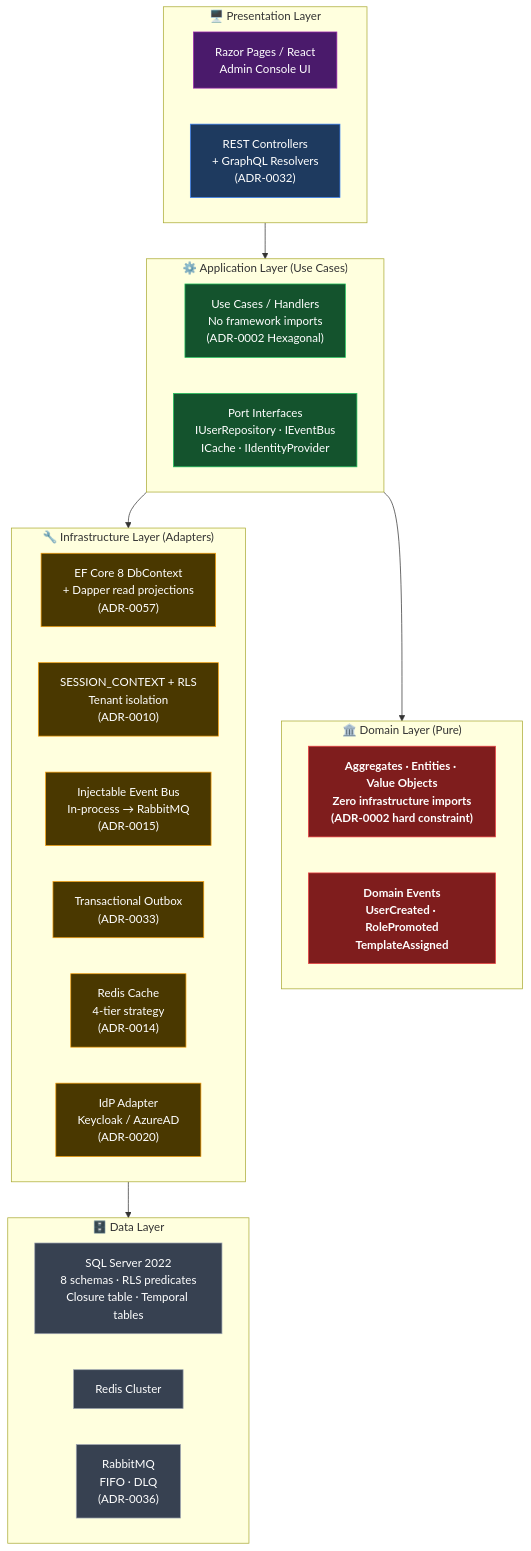
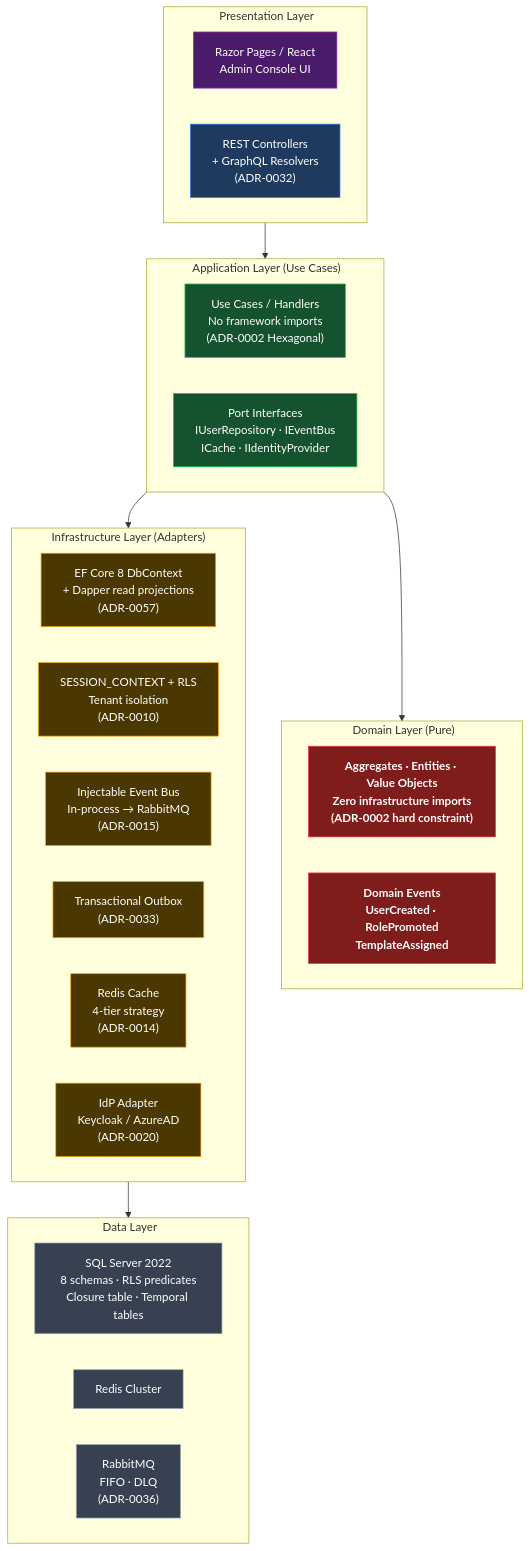
The sixth of 7 diagrams in reference/knowledge/demo/ums-technical-overview.md (beyondnetcode/evolith_arch32), drawn with Mermaid before and after one commit. The commit also changed other lines of this file and 41 other files, not shown here.

````diff
--- a/reference/knowledge/demo/ums-technical-overview.md
+++ b/reference/knowledge/demo/ums-technical-overview.md
@@ -223,49 +223,49 @@
 ```mermaid
 flowchart TB
     classDef client fill:#4a1a6b,stroke:#9c27b0,color:#fff
     classDef api fill:#1e3a5f,stroke:#3b82f6,color:#fff
     classDef app fill:#14532d,stroke:#22c55e,color:#fff
     classDef domain fill:#7f1d1d,stroke:#ef4444,color:#fff,font-weight:bold
     classDef infra fill:#4a3800,stroke:#f59e0b,color:#fff
     classDef data fill:#374151,stroke:#9ca3af,color:#fff
 
-    subgraph PRESENTATION["🖥️ Presentation Layer"]
+    subgraph PRESENTATION["️ Presentation Layer"]
         direction LR
         WEB_UI["Razor Pages / React\nAdmin Console UI"]:::client
         API_LAYER["REST Controllers\n+ GraphQL Resolvers\n(ADR-0032)"]:::api
     end
 
-    subgraph APPLICATION["⚙️ Application Layer (Use Cases)"]
+    subgraph APPLICATION["️ Application Layer (Use Cases)"]
         direction LR
         UC["Use Cases / Handlers\nNo framework imports\n(ADR-0002 Hexagonal)"]:::app
         PORTS["Port Interfaces\nIUserRepository · IEventBus\nICache · IIdentityProvider"]:::app
     end
 
-    subgraph DOMAIN["🏛️ Domain Layer (Pure)"]
+    subgraph DOMAIN["️ Domain Layer (Pure)"]
         direction LR
         AGG["Aggregates · Entities · Value Objects\nZero infrastructure imports\n(ADR-0002 hard constraint)"]:::domain
         EVT["Domain Events\nUserCreated · RolePromoted\nTemplateAssigned"]:::domain
     end
 
-    subgraph INFRA["🔧 Infrastructure Layer (Adapters)"]
+    subgraph INFRA[" Infrastructure Layer (Adapters)"]
         direction LR
         EF["EF Core 8 DbContext\n+ Dapper read projections\n(ADR-0057)"]:::infra
         RLS_A["SESSION_CONTEXT + RLS\nTenant isolation\n(ADR-0010)"]:::infra
         BUS["Injectable Event Bus\nIn-process → RabbitMQ\n(ADR-0015)"]:::infra
         OUTBOX_A["Transactional Outbox\n(ADR-0033)"]:::infra
         CACHE["Redis Cache\n4-tier strategy\n(ADR-0014)"]:::infra
         IDP["IdP Adapter\nKeycloak / AzureAD\n(ADR-0020)"]:::infra
     end
 
-    subgraph DATA_LAYER["🗄️ Data Layer"]
+    subgraph DATA_LAYER["️ Data Layer"]
         direction LR
         SQL["SQL Server 2022\n8 schemas · RLS predicates\nClosure table · Temporal tables"]:::data
         REDIS_DB["Redis Cluster"]:::data
         MQ["RabbitMQ\nFIFO · DLQ\n(ADR-0036)"]:::data
     end
 
     PRESENTATION --> APPLICATION
     APPLICATION --> DOMAIN
     APPLICATION --> INFRA
     INFRA --> DATA_LAYER
 ```
````
